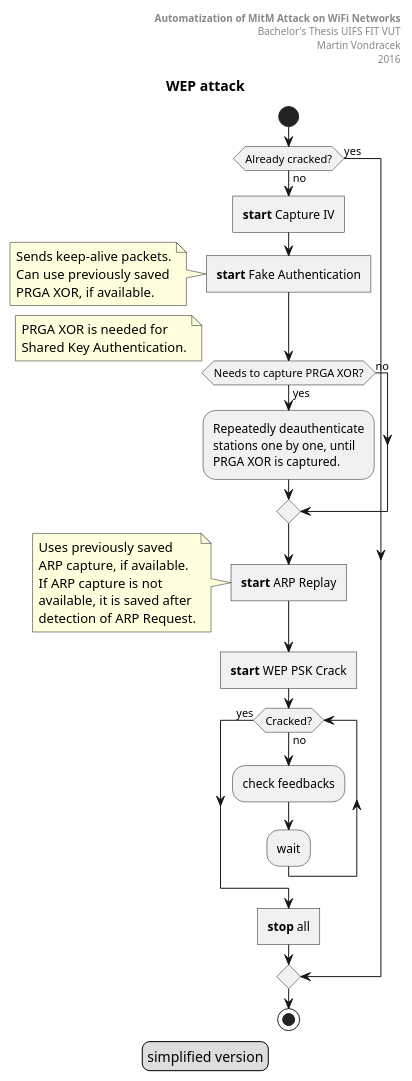
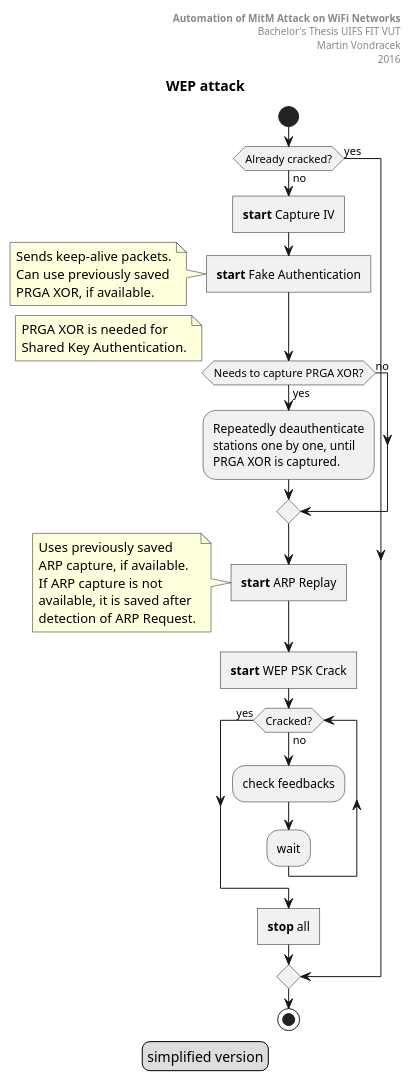
Before and after one commit to mvondracek/wifimitm: the diagram in wifimitm/docs/WEP attack.puml, drawn with PlantUML. The commit also changed 25 other files, not shown here.

Commit message:
fix automatization to automation

```diff
--- a/wifimitm/docs/WEP attack.puml
+++ b/wifimitm/docs/WEP attack.puml
@@ -1,57 +1,57 @@
 @startuml
 title WEP attack
 header
-**Automatization of MitM Attack on WiFi Networks**
+**Automation of MitM Attack on WiFi Networks**
 Bachelor's Thesis UIFS FIT VUT
 Martin Vondracek
 2016
 end header
 legend
 simplified version
 end legend
 
 start
 
 if (Already cracked?) then (no)
 
 
     :**start** Capture IV]
     :**start** Fake Authentication]
     note
         Sends keep-alive packets.
         Can use previously saved
         PRGA XOR, if available.
     end note
     if (Needs to capture PRGA XOR?) then (yes)
         note
         PRGA XOR is needed for
         Shared Key Authentication.
         end note
 
         :Repeatedly deauthenticate
         stations one by one, until
         PRGA XOR is captured.;
     else (no)
     endif
 
     :**start** ARP Replay]
     note
         Uses previously saved
         ARP capture, if available.
         If ARP capture is not
         available, it is saved after
         detection of ARP Request.
     end note
 
     :**start** WEP PSK Crack]
 
     while (Cracked?) is (no)
         :check feedbacks;
         :wait;
     end while (yes)
 
     :**stop** all]
 else (yes)
 endif
 stop
 @enduml
```
